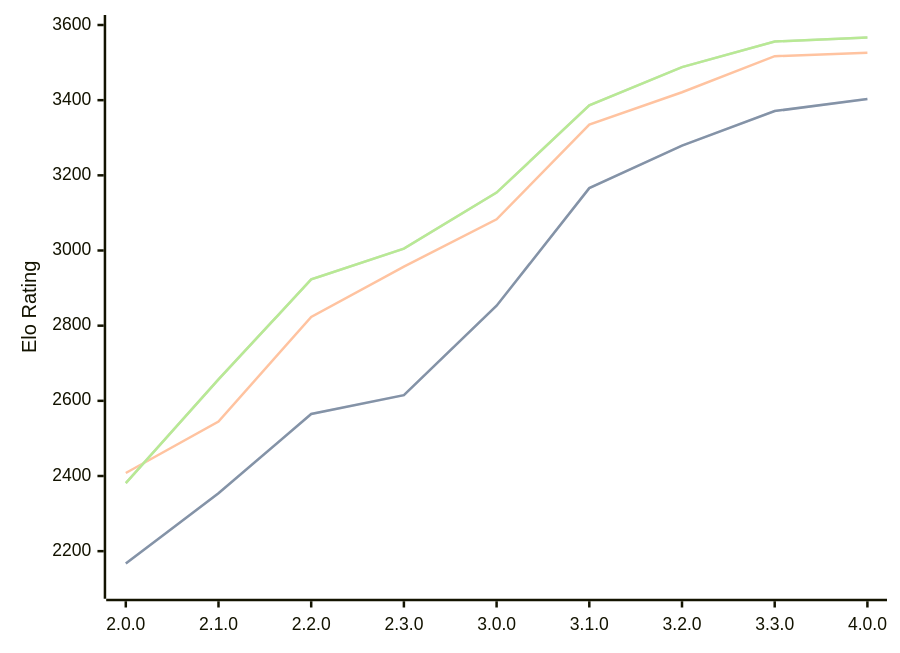
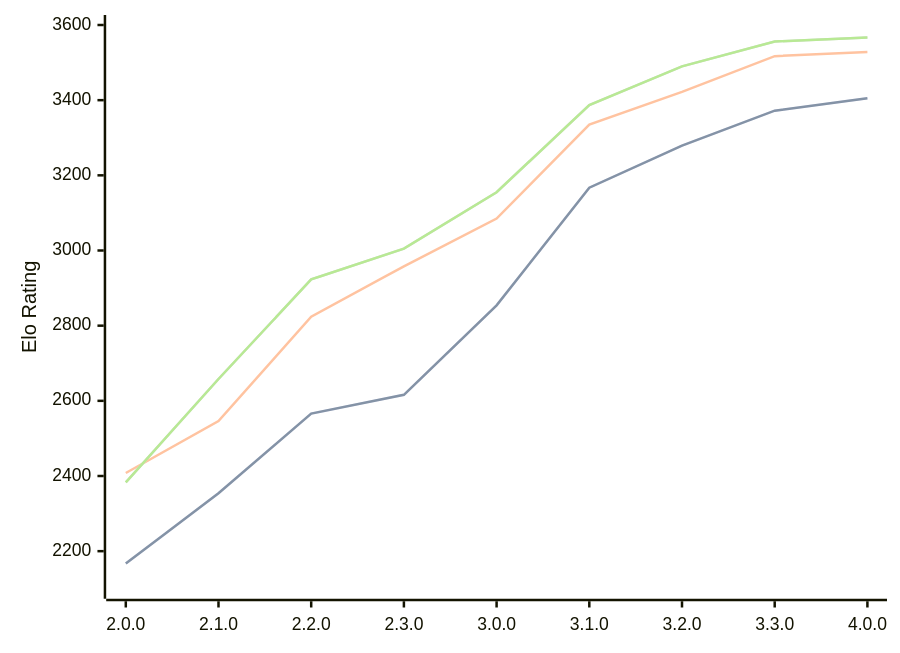
The diagram in engines/Raphael.md (computer-chess-index/cci), drawn with Mermaid before and after one commit. The commit also changed other lines of this file, not shown here.

Commit message:
Update CCI Ratings (ELO VLTC) - 2026-05-14

````diff
--- a/engines/Raphael.md
+++ b/engines/Raphael.md
@@ -51,11 +51,11 @@
 ```mermaid
 %%{init: {"theme":"base","themeVariables":{"seriesColors:['#a3a3a3','#222221','#faa371']}}}%%
 xychart-beta
   x-axis ["2.0.0", "2.1.0", "2.2.0", "2.3.0", "3.0.0", "3.1.0", "3.2.0", "3.3.0", "4.0.0"]
   y-axis "Elo Rating" 2100 --> 3600
-  line "STC (8.0+0.08s)" [2167, 2354, 2565, 2615, 2853, 3166, 3279, 3371, 3403]
-  line "STC (8.0+0.08s)" [2167, 2354, 2565, 2615, 2853, 3166, 3279, 3371, 3403]
-  line "LTC (60.0+0.60s)" [2408, 2545, 2823, 2957, 3083, 3335, 3421, 3517, 3526]
-  line "VLTC (2m24s+1.12s)" [2381, 2657, 2923, 3005, 3154, 3386, 3488, 3556, 3567]
-  line "VLTC (2m24s+1.12s)" [2381, 2657, 2923, 3005, 3154, 3386, 3488, 3556, 3567]
+  line "STC (8.0+0.08s)" [2167, 2354, 2566, 2616, 2854, 3167, 3279, 3372, 3405]
+  line "STC (8.0+0.08s)" [2167, 2354, 2566, 2616, 2854, 3167, 3279, 3372, 3405]
+  line "LTC (60.0+0.60s)" [2408, 2546, 2824, 2958, 3085, 3335, 3422, 3517, 3528]
+  line "VLTC (2m24s+1.12s)" [2383, 2658, 2923, 3005, 3155, 3387, 3490, 3556, 3567]
+  line "VLTC (2m24s+1.12s)" [2383, 2658, 2923, 3005, 3155, 3387, 3490, 3556, 3567]
 ```
````
